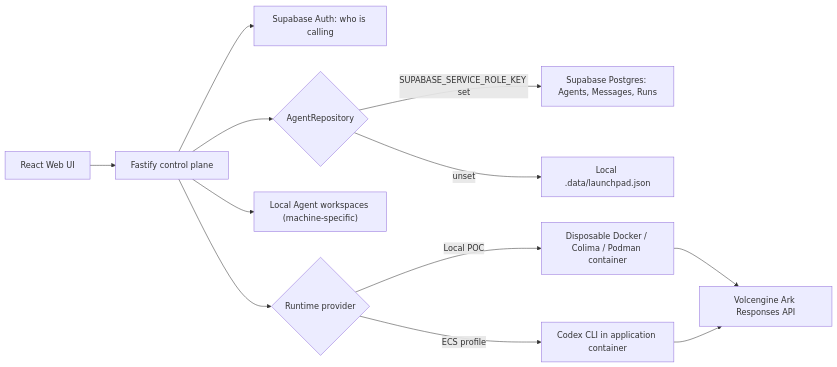
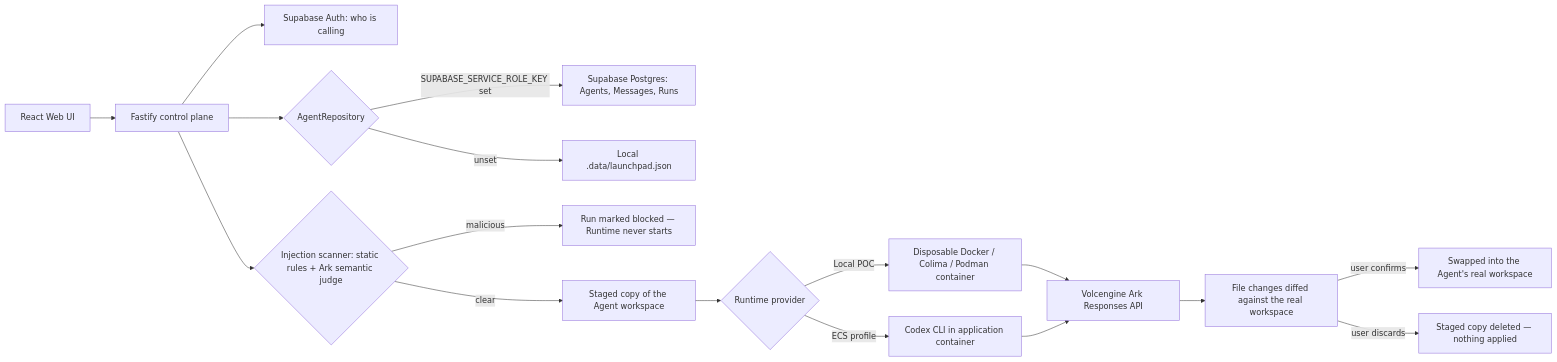
One commit to yantattan/codejam-agent-launchpad changed the diagram in README.md. Above: the diagram before and after it, drawn with Mermaid. The commit also changed other lines of this file and 2 other files, not shown here.

````diff
--- a/README.md
+++ b/README.md
@@ -323,14 +329,19 @@
 ```mermaid
 flowchart LR
     UI["React Web UI"] --> API["Fastify control plane"]
     API --> Auth["Supabase Auth: who is calling"]
     API --> Repo{"AgentRepository"}
     Repo -->|SUPABASE_SERVICE_ROLE_KEY set| PG["Supabase Postgres: Agents, Messages, Runs"]
     Repo -->|unset| JSON["Local .data/launchpad.json"]
-    API --> Workspaces["Local Agent workspaces (machine-specific)"]
-    API --> Runtime{"Runtime provider"}
+    API --> Scan{"Injection scanner: static rules + Ark semantic judge"}
+    Scan -->|malicious| Blocked["Run marked blocked — Runtime never starts"]
+    Scan -->|clear| Stage["Staged copy of the Agent workspace"]
+    Stage --> Runtime{"Runtime provider"}
     Runtime -->|Local POC| Container["Disposable Docker / Colima / Podman container"]
     Runtime -->|ECS profile| Codex["Codex CLI in application container"]
     Container --> Ark["Volcengine Ark Responses API"]
     Codex --> Ark
+    Ark --> Diff["File changes diffed against the real workspace"]
+    Diff -->|user confirms| Commit["Swapped into the Agent's real workspace"]
+    Diff -->|user discards| Discard["Staged copy deleted — nothing applied"]
 ```
````
